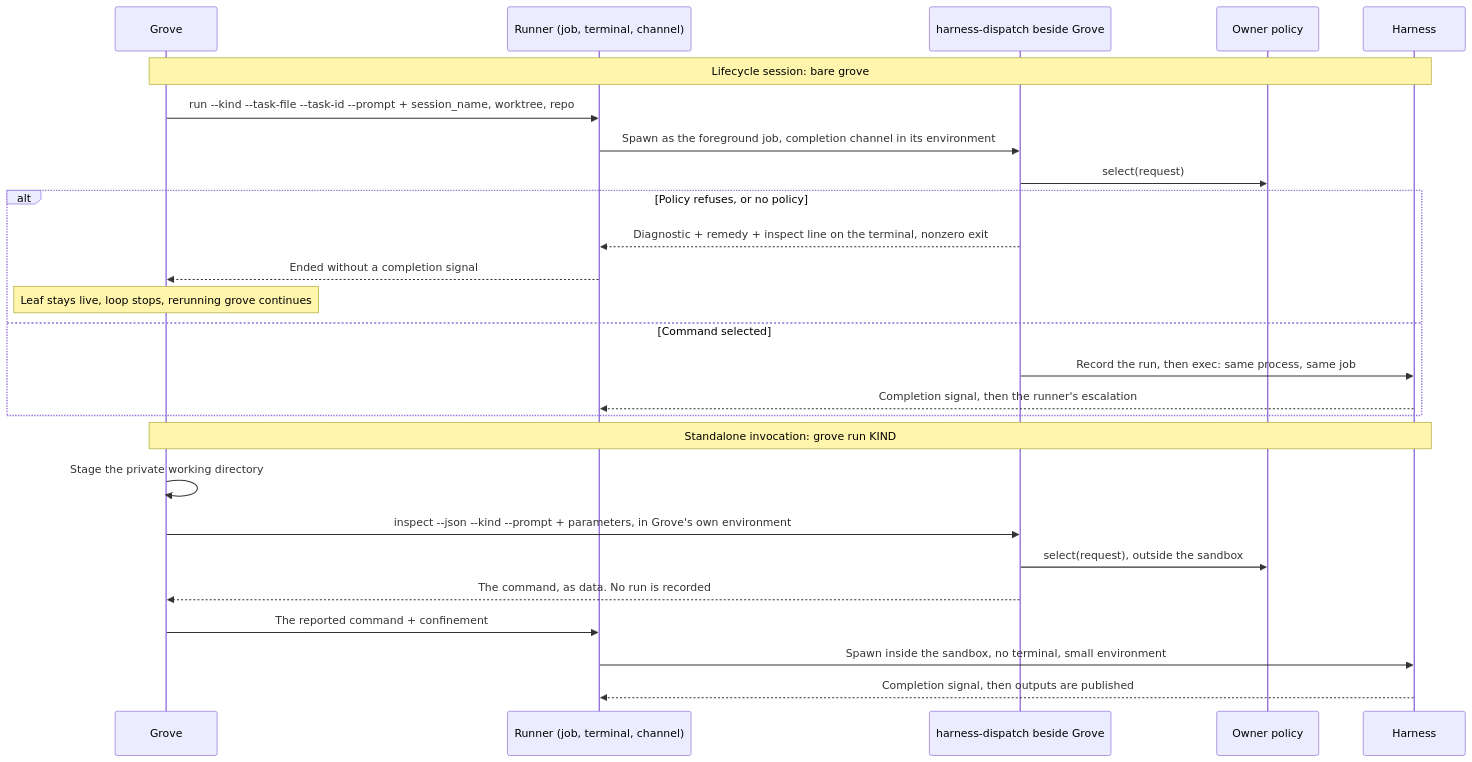
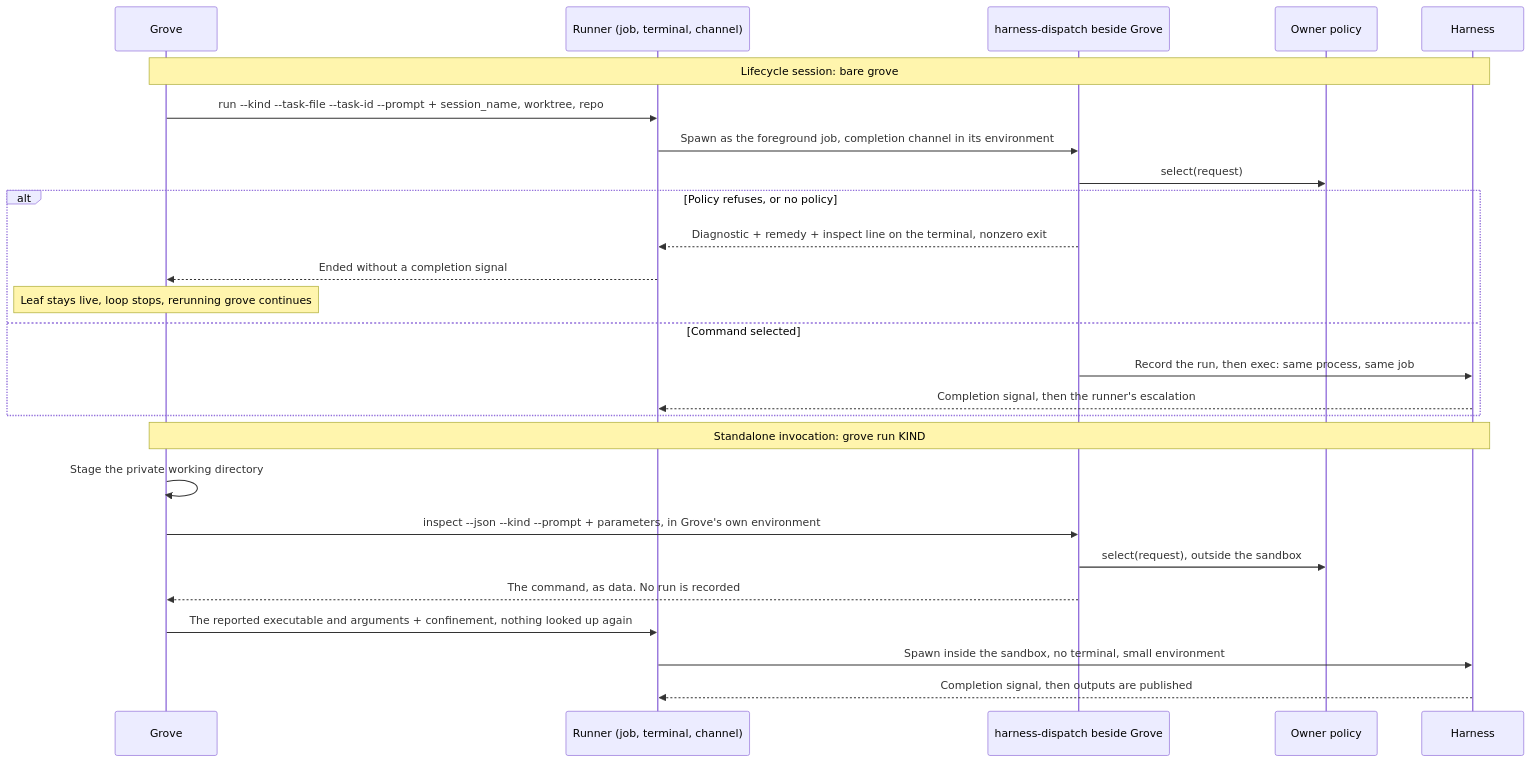
The diagram in docs/design/harness-selection-and-execution/grove-launch.mmd (Linkuistics/grove), drawn with Mermaid before and after one commit. The commit also changed 9 other files, not shown here.

```diff
--- a/docs/design/harness-selection-and-execution/grove-launch.mmd
+++ b/docs/design/harness-selection-and-execution/grove-launch.mmd
@@ -1,26 +1,26 @@
 sequenceDiagram
   participant G as Grove
   participant N as Runner (job, terminal, channel)
   participant X as harness-dispatch beside Grove
   participant P as Owner policy
   participant H as Harness
   Note over G,H: Lifecycle session: bare grove
   G->>N: run --kind --task-file --task-id --prompt + session_name, worktree, repo
   N->>X: Spawn as the foreground job, completion channel in its environment
   X->>P: select(request)
   alt Policy refuses, or no policy
     X-->>N: Diagnostic + remedy + inspect line on the terminal, nonzero exit
     N-->>G: Ended without a completion signal
     Note over G: Leaf stays live, loop stops, rerunning grove continues
   else Command selected
     X->>H: Record the run, then exec: same process, same job
     H-->>N: Completion signal, then the runner's escalation
   end
   Note over G,H: Standalone invocation: grove run KIND
   G->>G: Stage the private working directory
   G->>X: inspect --json --kind --prompt + parameters, in Grove's own environment
   X->>P: select(request), outside the sandbox
   X-->>G: The command, as data. No run is recorded
-  G->>N: The reported command + confinement
+  G->>N: The reported executable and arguments + confinement, nothing looked up again
   N->>H: Spawn inside the sandbox, no terminal, small environment
   H-->>N: Completion signal, then outputs are published
```
